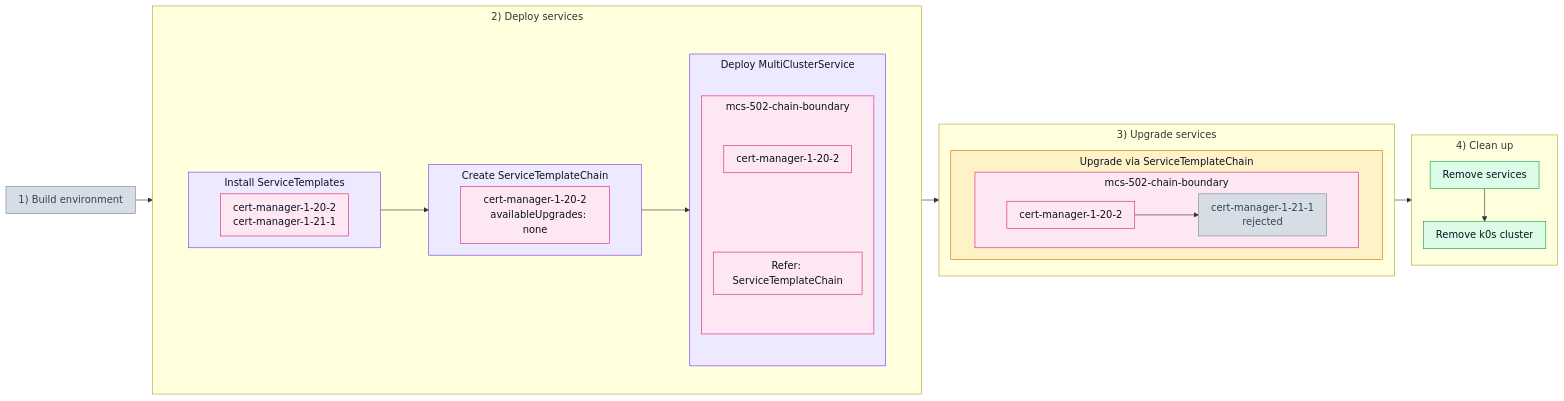
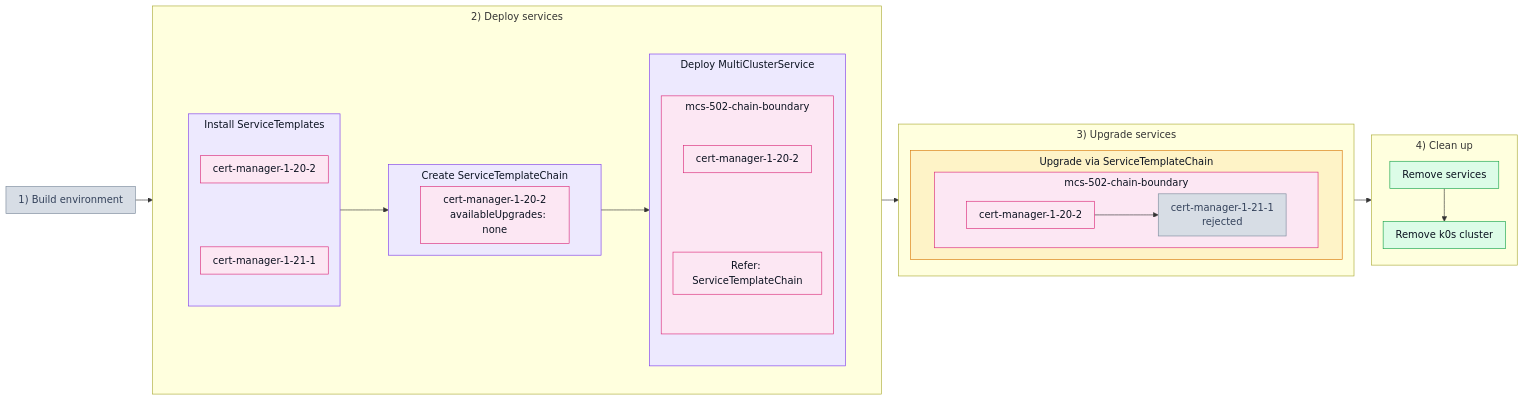
One commit to josef-hak/ksm-tests changed the diagram in test_scenarios/502_chain_boundary.md. Above: the diagram before and after it, drawn with Mermaid. The commit also changed 3 other files, not shown here.

Commit message:
docs: one box per ServiceTemplate, chain step in the overall schema

````diff
--- a/test_scenarios/502_chain_boundary.md
+++ b/test_scenarios/502_chain_boundary.md
@@ -18,57 +18,58 @@
 ```mermaid
 %%{init: {'flowchart': {'padding': 10, 'nodeSpacing': 18, 'rankSpacing': 28, 'subGraphTitleMargin': {'top': 6, 'bottom': 10}}}}%%
 flowchart LR
     P1["1) Build environment"]
 
     subgraph P2["2) Deploy services"]
         subgraph W2[" "]
             direction LR
             subgraph D1["Install ServiceTemplates"]
-                T1["cert-manager-1-20-2<br/>cert-manager-1-21-1"]
+                direction TB
+                T1["cert-manager-1-20-2"] ~~~ T2["cert-manager-1-21-1"]
             end
 
             subgraph D3["Create ServiceTemplateChain"]
                 H1["cert-manager-1-20-2<br/>&nbsp;&nbsp;&nbsp;availableUpgrades: none"]
             end
 
             subgraph D2["Deploy MultiClusterService"]
                 direction TB
                 subgraph DM["mcs-502-chain-boundary"]
                     direction TB
                     M1["cert-manager-1-20-2"] ~~~ R1["Refer: ServiceTemplateChain"]
                 end
             end
 
             D1 --> D3 --> D2
         end
     end
 
     subgraph P3["3) Upgrade services"]
         subgraph U2["Upgrade via ServiceTemplateChain"]
             subgraph UM["mcs-502-chain-boundary"]
                 direction LR
                 V1["cert-manager-1-20-2"] --> V2["cert-manager-1-21-1<br/>rejected"]
             end
         end
     end
 
     subgraph P4["4) Clean up"]
         C1["Remove services"] --> C2["Remove k0s cluster"]
     end
 
     P1 --> P2 --> P3 --> P4
 
     classDef off fill:#d7dde5,stroke:#7c8a9c,color:#33415a
     classDef purple fill:#ede9fe,stroke:#7c3aed,color:#0b1220
     classDef pink fill:#fce7f3,stroke:#db2777,color:#0b1220
     classDef amber fill:#fef3c7,stroke:#d97706,color:#0b1220
     classDef green fill:#dcfce7,stroke:#16a34a,color:#0b1220
     classDef bare fill:none,stroke:none
 
     class P1,V2 off
     class D1,D2,D3 purple
-    class DM,T1,H1,M1,R1,UM,V1 pink
+    class DM,T1,T2,H1,M1,R1,UM,V1 pink
     class U2 amber
     class C1,C2 green
     class W2 bare
 ```
````
